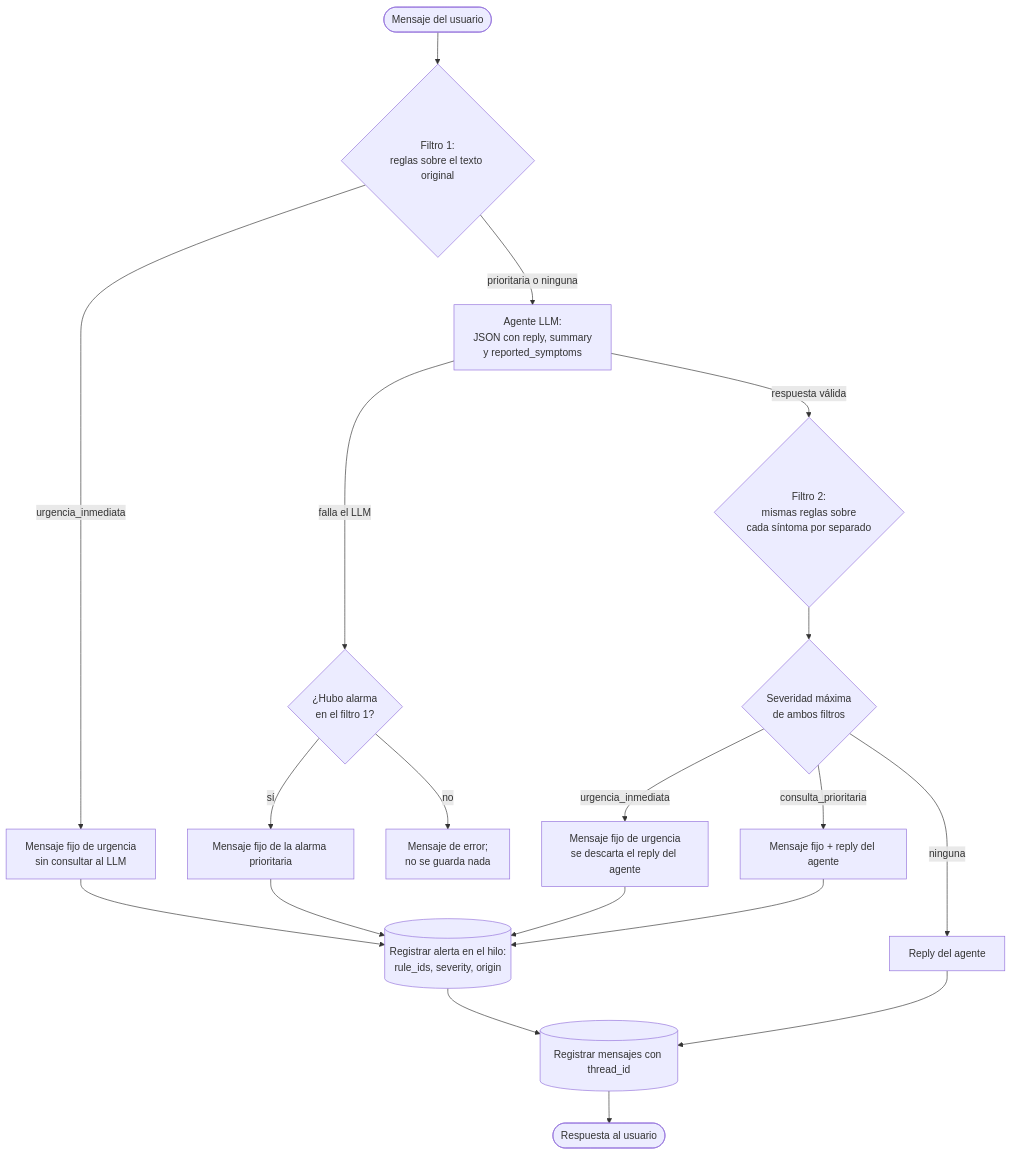
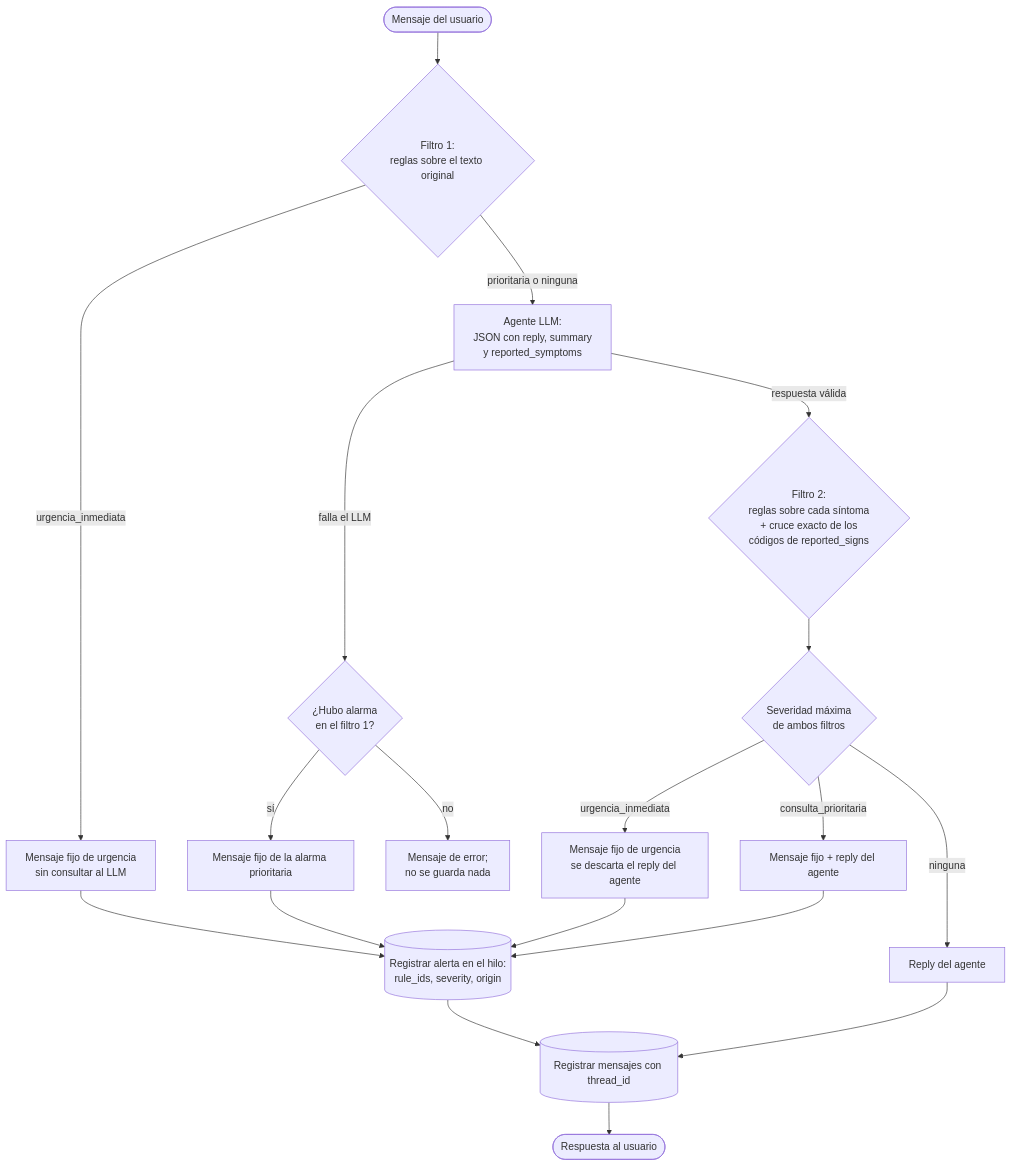
The diagram in docs/03-procesos/flujos/gestion-alerta.md (NicolasCastilloGaleano/chatbot-cardio-materno), drawn with Mermaid before and after one commit. The commit also changed other lines of this file and 50 other files, not shown here.

First line of the commit message:
feat(alarms): códigos cerrados de signos en el filtro 2 (B-015, ADR 0012 provisional)

````diff
--- a/docs/03-procesos/flujos/gestion-alerta.md
+++ b/docs/03-procesos/flujos/gestion-alerta.md
@@ -7,18 +7,18 @@
 ```mermaid
 flowchart TD
     A([Mensaje del usuario]) --> F1{Filtro 1:<br/>reglas sobre el texto original}
     F1 -- urgencia_inmediata --> U1[Mensaje fijo de urgencia<br/>sin consultar al LLM]
     F1 -- prioritaria o ninguna --> L[Agente LLM:<br/>JSON con reply, summary<br/>y reported_symptoms]
     L -- falla el LLM --> E{¿Hubo alarma<br/>en el filtro 1?}
     E -- sí --> U2[Mensaje fijo de la alarma prioritaria]
     E -- no --> ERR[Mensaje de error;<br/>no se guarda nada]
-    L -- respuesta válida --> F2{Filtro 2:<br/>mismas reglas sobre<br/>cada síntoma por separado}
+    L -- respuesta válida --> F2{Filtro 2:<br/>reglas sobre cada síntoma<br/>+ cruce exacto de los<br/>códigos de reported_signs}
     F2 --> S{Severidad máxima<br/>de ambos filtros}
     S -- urgencia_inmediata --> U3[Mensaje fijo de urgencia<br/>se descarta el reply del agente]
     S -- consulta_prioritaria --> P[Mensaje fijo + reply del agente]
     S -- ninguna --> N[Reply del agente]
     U1 & U2 & U3 & P --> R[(Registrar alerta en el hilo:<br/>rule_ids, severity, origin)]
     R --> M[(Registrar mensajes con thread_id)]
     N --> M
     M --> Z([Respuesta al usuario])
 ```
````
